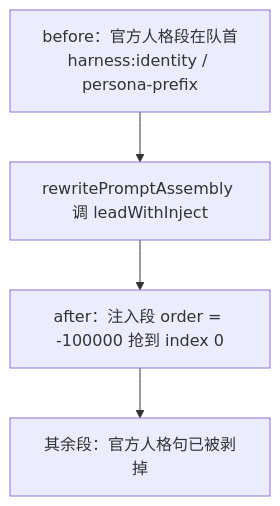
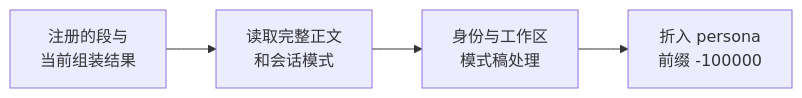
One commit to zhuguang-ZFG/dsh-purge-book changed the first of 2 diagrams in 03-组装权之战.md. Above: the diagram before and after it, drawn with Mermaid. The commit also changed other lines of this file and 79 other files, not shown here.

````diff
--- a/03-组装权之战.md
+++ b/03-组装权之战.md
@@ -41,6 +38,6 @@
 ```mermaid
-flowchart TD
-    B["before：官方人格段在队首<br/>harness:identity / persona-prefix"] --> R["rewritePromptAssembly 调 leadWithInject"]
-    R --> A["after：注入段 order = -100000 抢到 index 0"]
-    A --> C["其余段：官方人格句已被剥掉"]
+flowchart LR
+    S["注册的段与<br/>当前组装结果"] --> R["读取完整正文<br/>和会话模式"]
+    R --> C["身份与工作区<br/>模式稿处理"]
+    C --> F["折入 persona<br/>前缀 -100000"]
 ```
````
